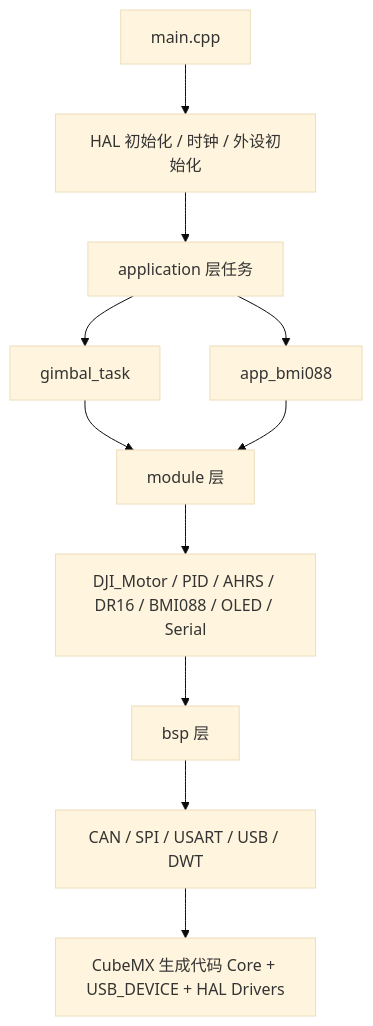
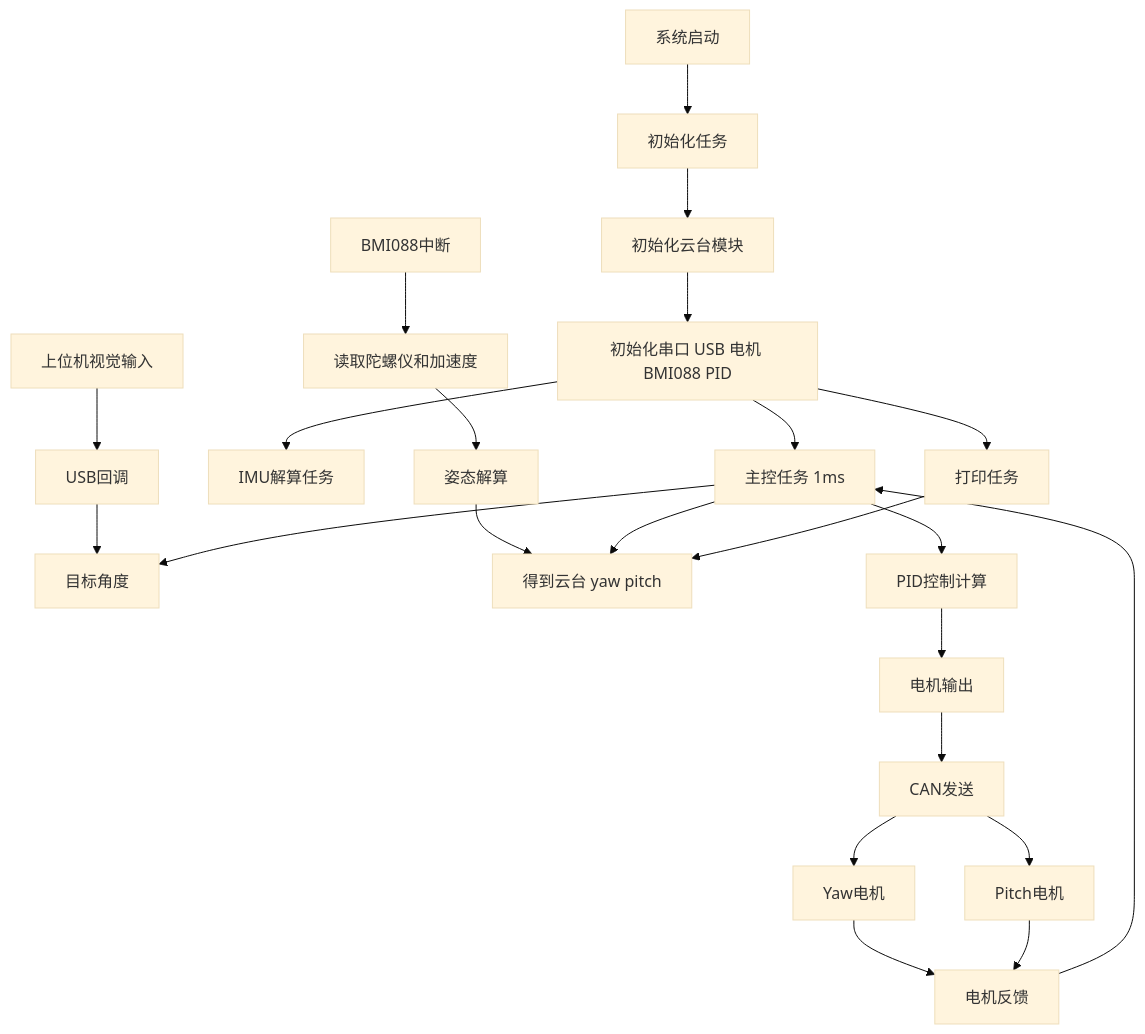
Before and after one commit to yxn186/STM32_Gimbal_Project: the diagram in README.md, drawn with Mermaid (base theme). The commit also changed other lines of this file and 16 other files, not shown here.

````diff
--- a/README.md
+++ b/README.md
@@ -7,13 +7,32 @@
 ```mermaid
 flowchart TD
-    A[main.cpp] --> B[HAL 初始化 / 时钟 / 外设初始化]
-    B --> C[application 层任务]
-    C --> D[gimbal_task]
-    C --> E[app_bmi088]
-    D --> F[module 层]
-    E --> F
-    F --> G[DJI_Motor / PID / AHRS / DR16 / BMI088 / OLED / Serial]
-    G --> H[bsp 层]
-    H --> I[CAN / SPI / USART / USB / DWT]
-    I --> J[CubeMX 生成代码 Core + USB_DEVICE + HAL Drivers]
+A[系统启动] --> B[初始化任务]
+B --> C[初始化云台模块]
+C --> D[初始化串口 USB 电机 BMI088 PID]
+
+D --> E[主控任务 1ms]
+D --> F[IMU解算任务]
+D --> G[打印任务]
+
+H[上位机视觉输入] --> I[USB回调]
+I --> J[目标角度]
+
+K[BMI088中断] --> L[读取陀螺仪和加速度]
+L --> M[姿态解算]
+M --> N[得到云台 yaw pitch]
+
+E --> J
+E --> N
+E --> O[PID控制计算]
+O --> P[电机输出]
+
+P --> Q[CAN发送]
+Q --> R[Yaw电机]
+Q --> S[Pitch电机]
+
+R --> T[电机反馈]
+S --> T
+T --> E
+
+G --> N
 ```
````
